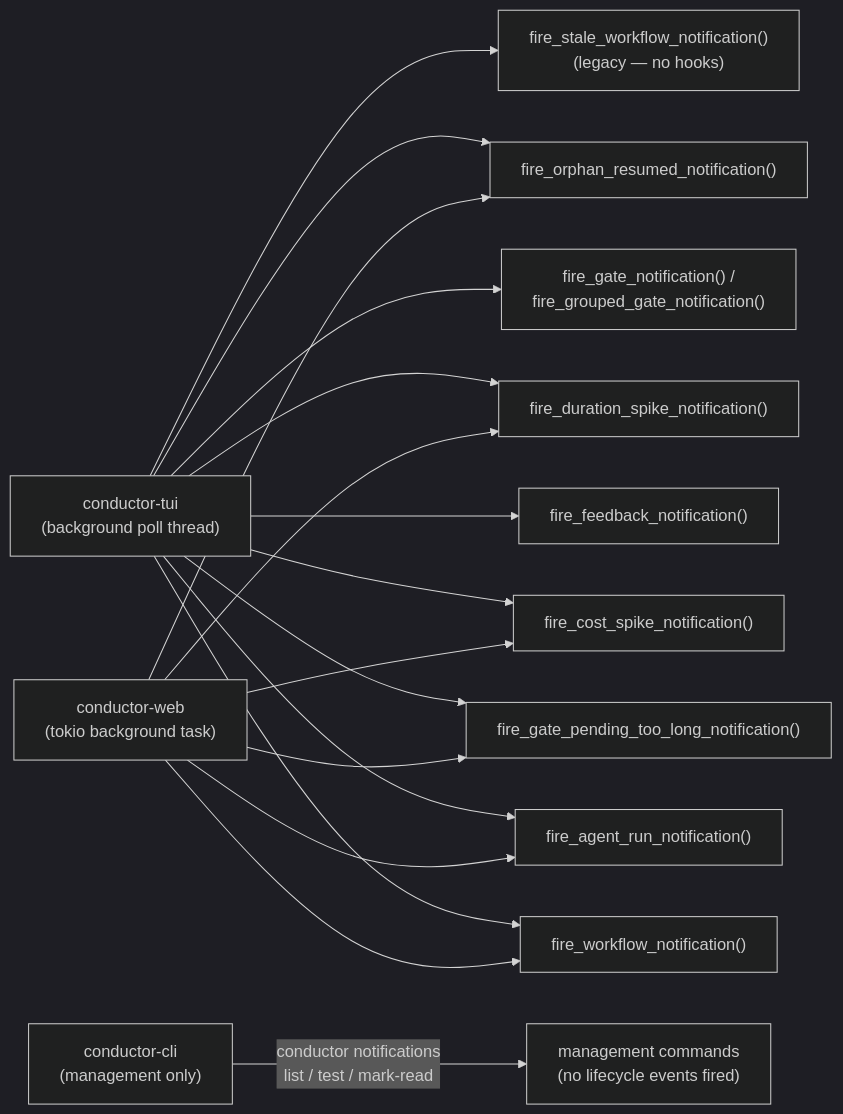
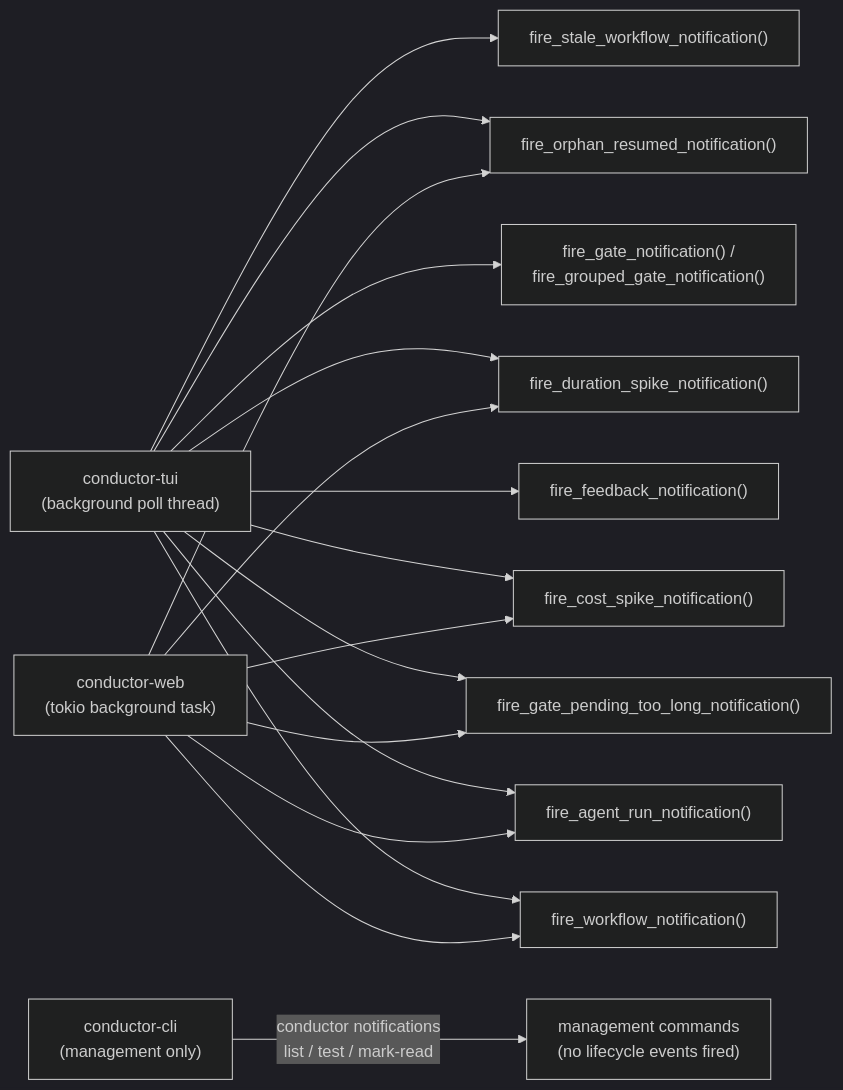
One commit to devinrosen/conductor-ai changed the second of 6 diagrams in docs/notification-hooks.md. Above: the diagram before and after it, drawn with Mermaid (dark theme). The commit also changed other lines of this file and 35 other files, not shown here.

````diff
--- a/docs/notification-hooks.md
+++ b/docs/notification-hooks.md
@@ -50,35 +50,35 @@
 ```mermaid
 graph LR
     TUI["conductor-tui\n(background poll thread)"]
     WEB["conductor-web\n(tokio background task)"]
     CLI["conductor-cli\n(management only)"]
 
     FWN["fire_workflow_notification()"]
     FAN["fire_agent_run_notification()"]
     FFN["fire_feedback_notification()"]
     FGN["fire_gate_notification() /\nfire_grouped_gate_notification()"]
     FGPN["fire_gate_pending_too_long_notification()"]
     FCN["fire_cost_spike_notification()"]
     FDN["fire_duration_spike_notification()"]
     FORN["fire_orphan_resumed_notification()"]
-    FSN["fire_stale_workflow_notification()\n(legacy — no hooks)"]
+    FSN["fire_stale_workflow_notification()"]
 
     TUI --> FWN
     TUI --> FAN
     TUI --> FFN
     TUI --> FGN
     TUI --> FGPN
     TUI --> FCN
     TUI --> FDN
     TUI --> FORN
     TUI --> FSN
 
     WEB --> FWN
     WEB --> FAN
     WEB --> FGPN
     WEB --> FCN
     WEB --> FDN
     WEB --> FORN
 
     CLI -->|"conductor notifications\nlist / test / mark-read"| MGMT["management commands\n(no lifecycle events fired)"]
 ```
````
